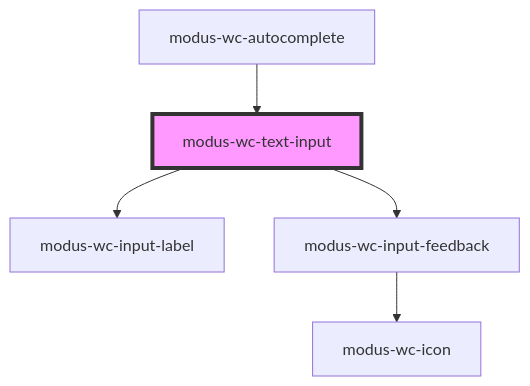
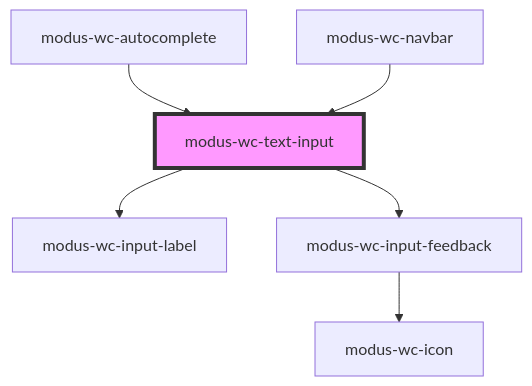
One commit to trimble-oss/modus-wc-2.0 changed the diagram in src/components/modus-wc-text-input/readme.md. Above: the diagram before and after it, drawn with Mermaid. The commit also changed other lines of this file and 7 other files, not shown here.

````diff
--- a/src/components/modus-wc-text-input/readme.md
+++ b/src/components/modus-wc-text-input/readme.md
@@ -66,8 +67,9 @@
 ```mermaid
 graph TD;
   modus-wc-text-input --> modus-wc-input-label
   modus-wc-text-input --> modus-wc-input-feedback
   modus-wc-input-feedback --> modus-wc-icon
   modus-wc-autocomplete --> modus-wc-text-input
+  modus-wc-navbar --> modus-wc-text-input
   style modus-wc-text-input fill:#f9f,stroke:#333,stroke-width:4px
 ```
````
